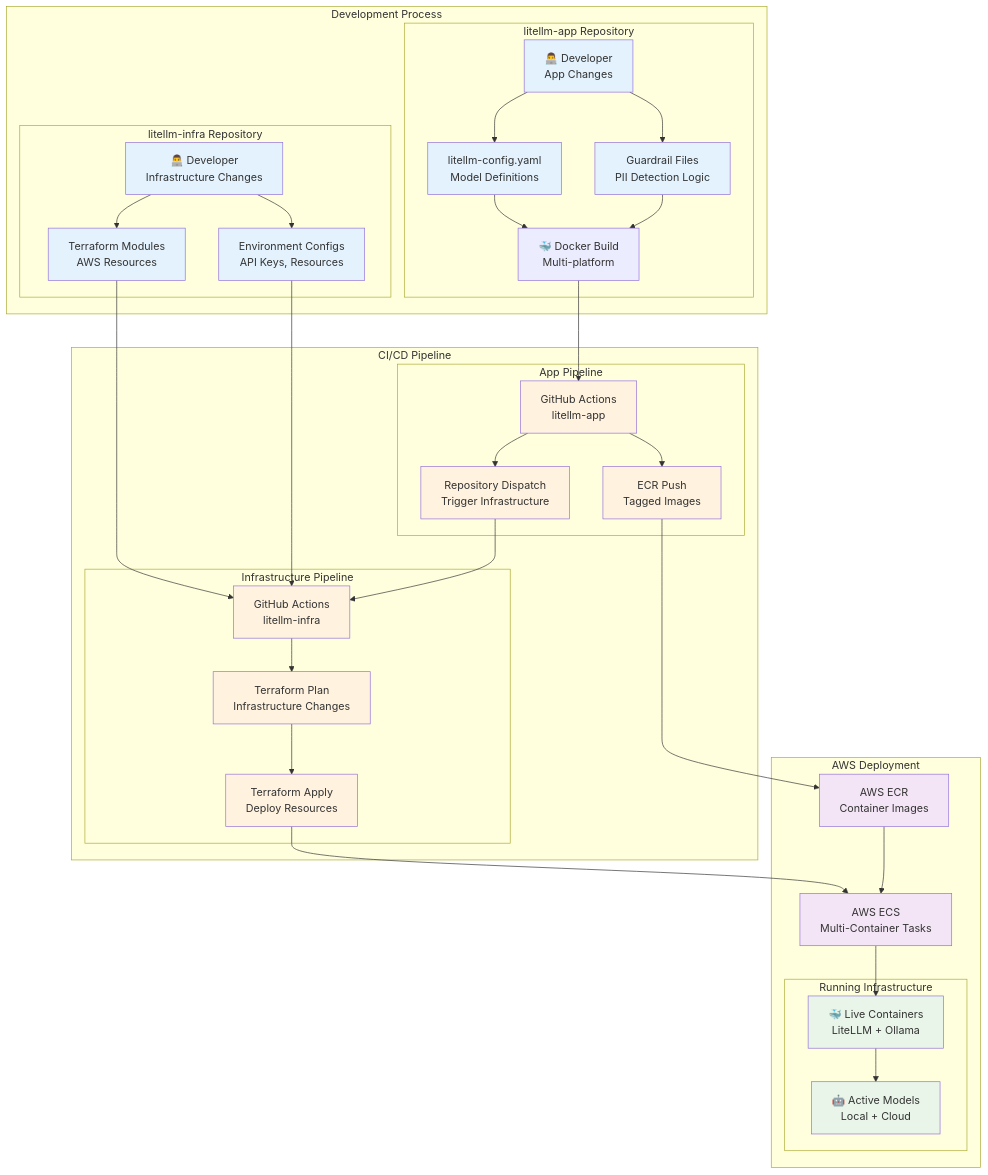
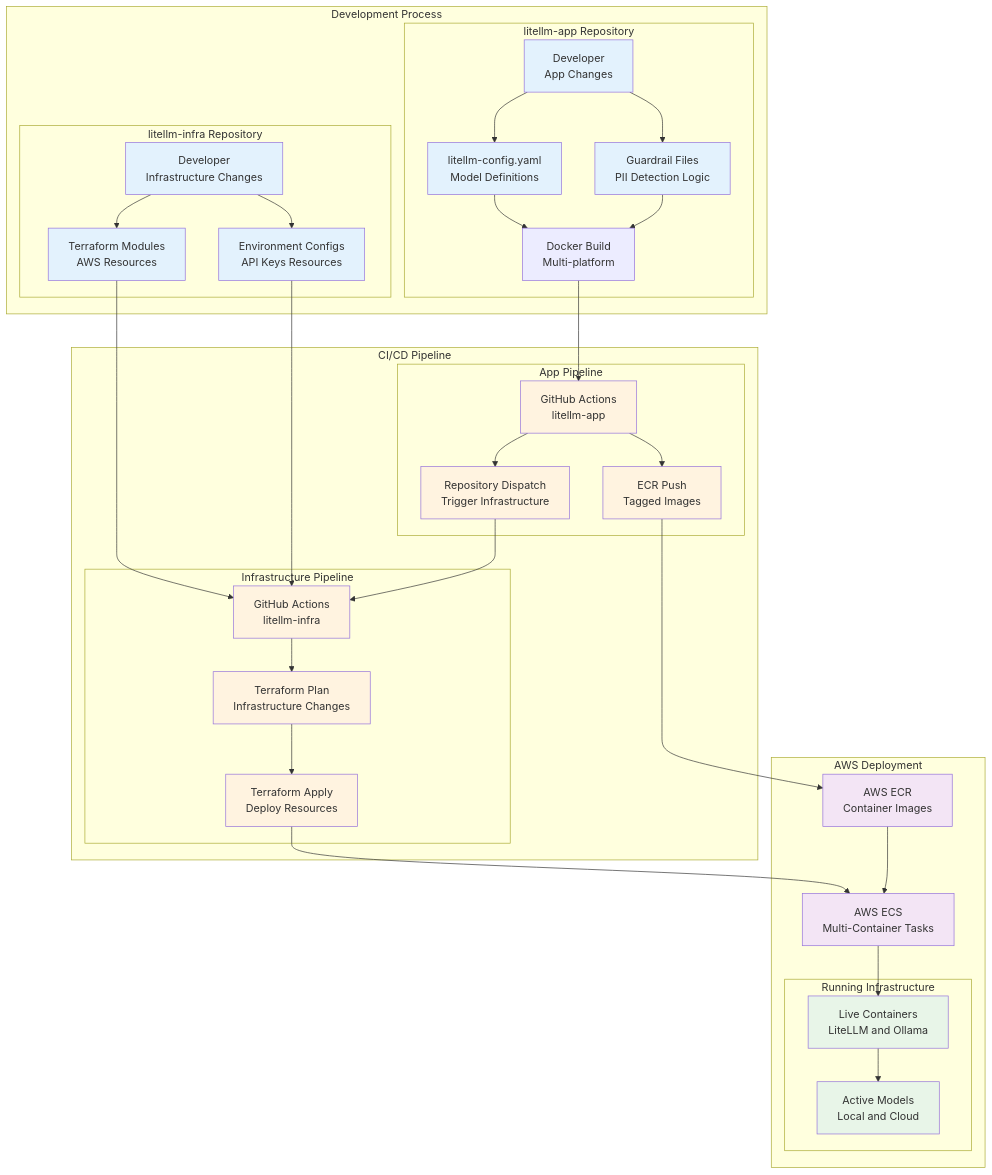
One commit to mrcloudchase/litellm-infra changed the ninth of 18 diagrams in ARCHITECTURE.md. Above: the diagram before and after it, drawn with Mermaid.

Commit message:
Fix Mermaid diagram formatting in ARCHITECTURE.md
- Remove unsupported markdown formatting from node text
- Convert special characters and symbols to plain text
- Ensure all diagrams render properly in GitHub
- Maintain visual clarity while following Mermaid syntax rules

````diff
--- a/ARCHITECTURE.md
+++ b/ARCHITECTURE.md
@@ -400,73 +400,73 @@
 ```mermaid
 graph TB
     subgraph "Development Process"
         subgraph "litellm-app Repository"
-            DevApp[👨‍💻 Developer<br/>App Changes]
+            DevApp[Developer<br/>App Changes]
             ConfigFile[litellm-config.yaml<br/>Model Definitions]
             Guardrails[Guardrail Files<br/>PII Detection Logic]
-            DockerBuild[🐳 Docker Build<br/>Multi-platform]
+            DockerBuild[Docker Build<br/>Multi-platform]
         end
         
         subgraph "litellm-infra Repository"
-            DevInfra[👨‍💻 Developer<br/>Infrastructure Changes]
+            DevInfra[Developer<br/>Infrastructure Changes]
             TerraformModules[Terraform Modules<br/>AWS Resources]
-            EnvConfigs[Environment Configs<br/>API Keys, Resources]
+            EnvConfigs[Environment Configs<br/>API Keys Resources]
         end
     end
 
     subgraph "CI/CD Pipeline"
         subgraph "App Pipeline"
             AppCI[GitHub Actions<br/>litellm-app]
             ECRPush[ECR Push<br/>Tagged Images]
             RepoDispatch[Repository Dispatch<br/>Trigger Infrastructure]
         end
         
         subgraph "Infrastructure Pipeline"
             InfraCI[GitHub Actions<br/>litellm-infra]
             TerraformPlan[Terraform Plan<br/>Infrastructure Changes]
             TerraformApply[Terraform Apply<br/>Deploy Resources]
         end
     end
 
     subgraph "AWS Deployment"
         ECR[AWS ECR<br/>Container Images]
         ECS[AWS ECS<br/>Multi-Container Tasks]
         
         subgraph "Running Infrastructure"
-            LiveContainers[🐳 Live Containers<br/>LiteLLM + Ollama]
-            LiveModels[🤖 Active Models<br/>Local + Cloud]
+            LiveContainers[Live Containers<br/>LiteLLM and Ollama]
+            LiveModels[Active Models<br/>Local and Cloud]
         end
     end
 
     DevApp --> ConfigFile
     DevApp --> Guardrails
     ConfigFile --> DockerBuild
     Guardrails --> DockerBuild
     DockerBuild --> AppCI
     AppCI --> ECRPush
     AppCI --> RepoDispatch
     
     DevInfra --> TerraformModules
     DevInfra --> EnvConfigs
     TerraformModules --> InfraCI
     EnvConfigs --> InfraCI
     RepoDispatch --> InfraCI
     
     InfraCI --> TerraformPlan
     TerraformPlan --> TerraformApply
     ECRPush --> ECR
     TerraformApply --> ECS
     ECR --> ECS
     ECS --> LiveContainers
     LiveContainers --> LiveModels
 
     classDef dev fill:#e3f2fd
     classDef cicd fill:#fff3e0
     classDef aws fill:#f3e5f5
     classDef live fill:#e8f5e8
     
     class DevApp,DevInfra,ConfigFile,Guardrails,TerraformModules,EnvConfigs dev
     class AppCI,InfraCI,ECRPush,RepoDispatch,TerraformPlan,TerraformApply cicd
     class ECR,ECS aws
     class LiveContainers,LiveModels live
 ```
````
